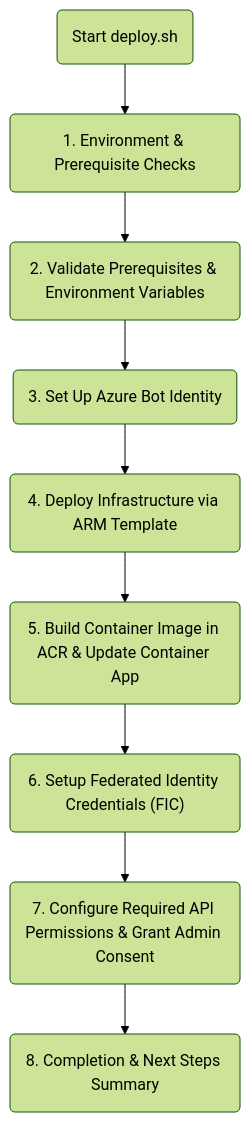
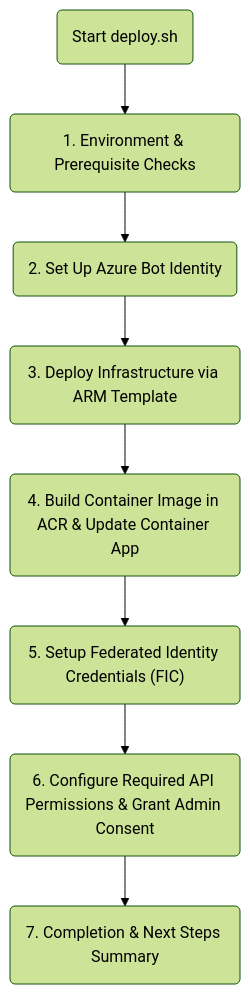
One commit to joetanx/soc-buddy changed the second of 2 diagrams in README.md. Above: the diagram before and after it, drawn with Mermaid (forest theme). The commit also changed other lines of this file and 4 other files, not shown here.

````diff
--- a/README.md
+++ b/README.md
@@ -204,11 +204,10 @@
 ```mermaid
 flowchart TD
     A(Start deploy.sh) --> B(1. Environment & Prerequisite Checks)
-    B --> C(2. Validate Prerequisites & Environment Variables)
-    C --> D(3. Set Up Azure Bot Identity)
-    D --> E(4. Deploy Infrastructure via ARM Template)
-    E --> F(5. Build Container Image in ACR & Update Container App)
-    F --> G("6. Setup Federated Identity Credentials (FIC)")
-    G --> H(7. Configure Required API Permissions & Grant Admin Consent)
-    H --> I(8. Completion & Next Steps Summary)
+    B --> C(2. Set Up Azure Bot Identity)
+    C --> D(3. Deploy Infrastructure via ARM Template)
+    D --> E(4. Build Container Image in ACR & Update Container App)
+    E --> F("5. Setup Federated Identity Credentials (FIC)")
+    F --> G(6. Configure Required API Permissions & Grant Admin Consent)
+    G --> H(7. Completion & Next Steps Summary)
 ```
````
